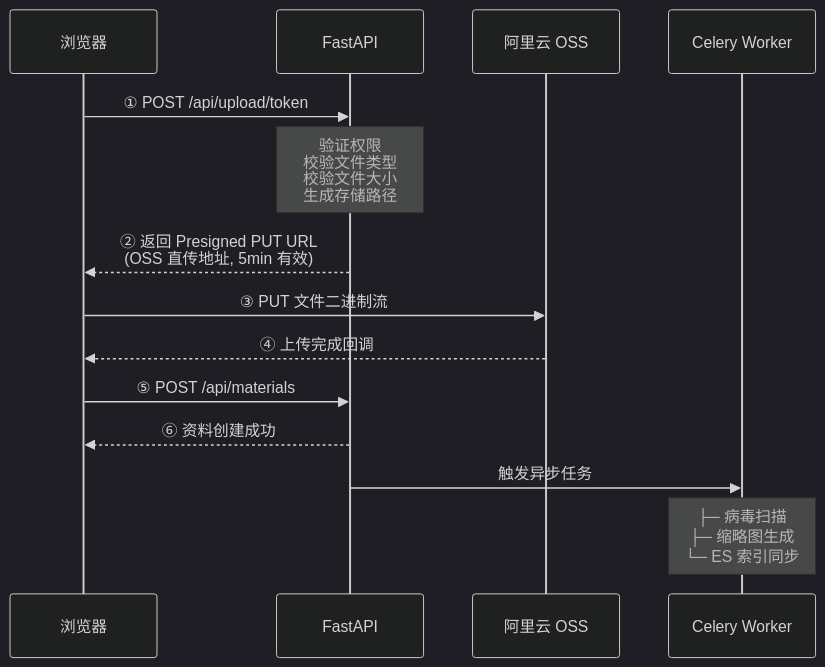
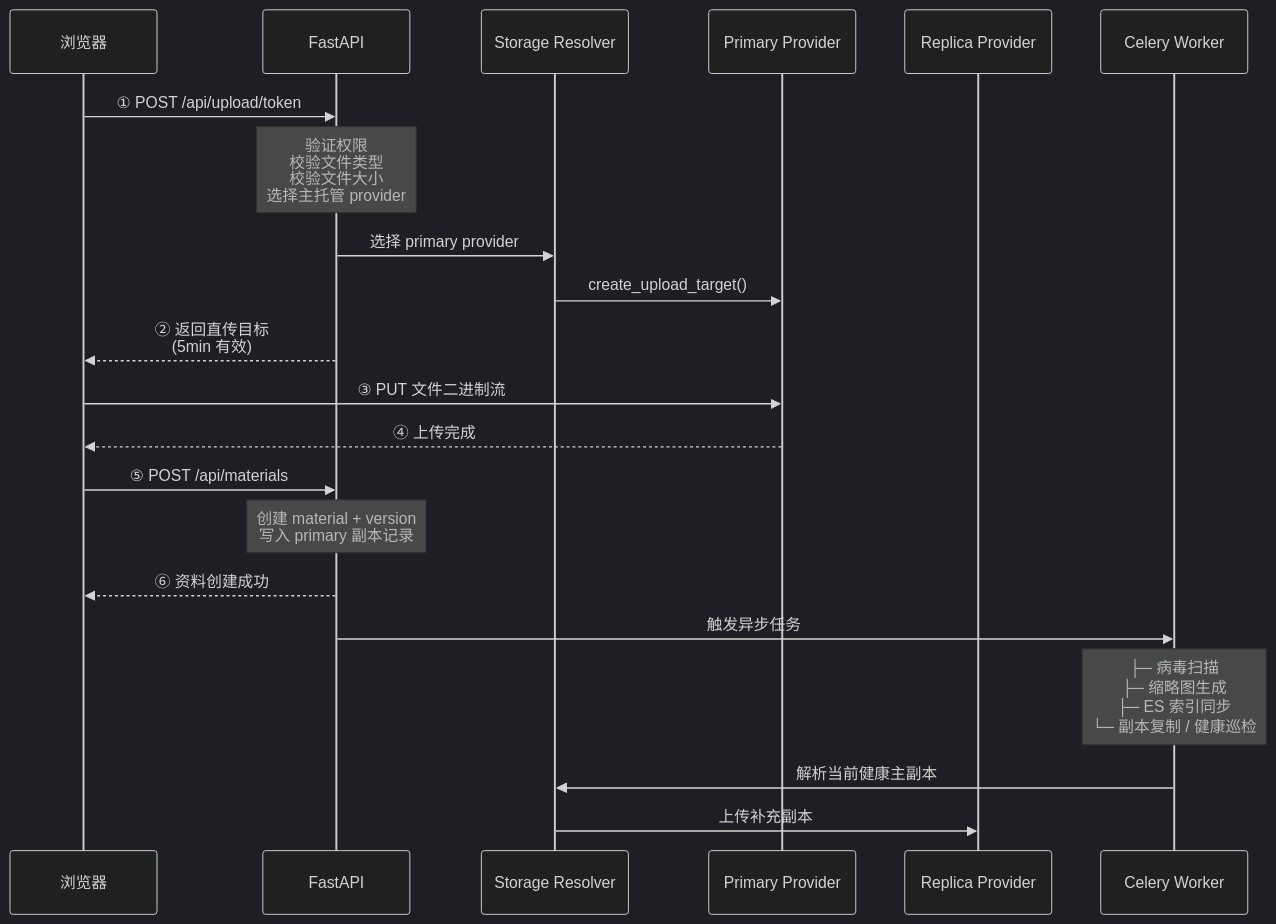
The fourth of 11 diagrams in docs/ARCHITECTURE-技术架构.md (SCUStack/scustack), drawn with Mermaid (dark theme) before and after one commit. The commit also changed other lines of this file and 8 other files, not shown here.

````diff
--- a/docs/ARCHITECTURE-技术架构.md
+++ b/docs/ARCHITECTURE-技术架构.md
@@ -856,20 +919,27 @@
 ```mermaid
 sequenceDiagram
     participant Browser as 浏览器
     participant FastAPI as FastAPI
-    participant OSS as 阿里云 OSS
+    participant Storage as Storage Resolver
+    participant Primary as Primary Provider
+    participant Replica as Replica Provider
     participant Celery as Celery Worker
 
     Browser->>FastAPI: ① POST /api/upload/token
-    Note over FastAPI: 验证权限<br/>校验文件类型<br/>校验文件大小<br/>生成存储路径
-    FastAPI-->>Browser: ② 返回 Presigned PUT URL<br/>(OSS 直传地址, 5min 有效)
+    Note over FastAPI: 验证权限<br/>校验文件类型<br/>校验文件大小<br/>选择主托管 provider
+    FastAPI->>Storage: 选择 primary provider
+    Storage->>Primary: create_upload_target()
+    FastAPI-->>Browser: ② 返回直传目标<br/>(5min 有效)
 
-    Browser->>OSS: ③ PUT 文件二进制流
-    OSS-->>Browser: ④ 上传完成回调
+    Browser->>Primary: ③ PUT 文件二进制流
+    Primary-->>Browser: ④ 上传完成
 
     Browser->>FastAPI: ⑤ POST /api/materials
+    Note over FastAPI: 创建 material + version<br/>写入 primary 副本记录
     FastAPI-->>Browser: ⑥ 资料创建成功
 
     FastAPI->>Celery: 触发异步任务
-    Note over Celery: ├─ 病毒扫描<br/>├─ 缩略图生成<br/>└─ ES 索引同步
+    Note over Celery: ├─ 病毒扫描<br/>├─ 缩略图生成<br/>├─ ES 索引同步<br/>└─ 副本复制 / 健康巡检
+    Celery->>Storage: 解析当前健康主副本
+    Storage->>Replica: 上传补充副本
 ```
````
